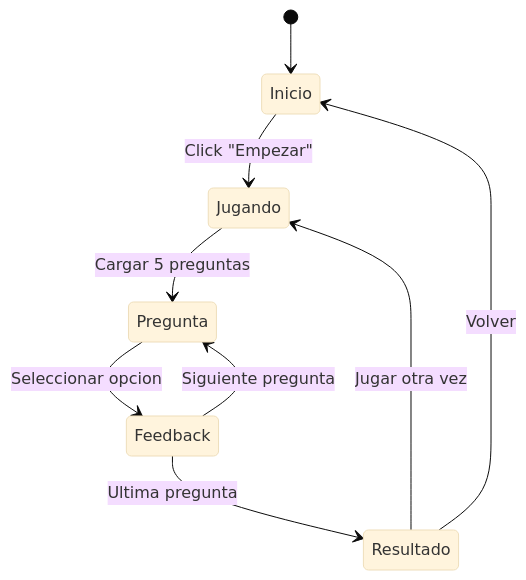
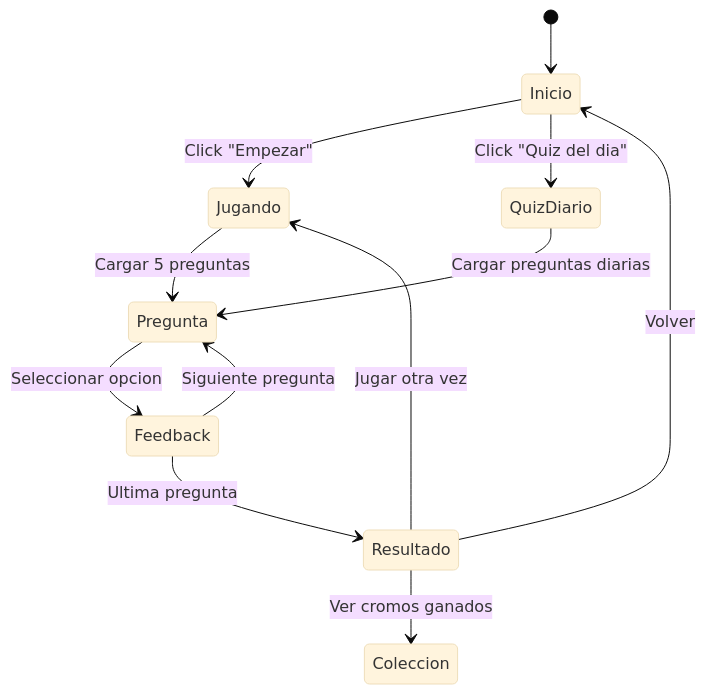
The third of 4 diagrams in docs/es/05-flujos-de-usuario.md (durdy48/SportyKids), drawn with Mermaid (base theme) before and after one commit. The commit also changed other lines of this file and 22 other files, not shown here.

````diff
--- a/docs/es/05-flujos-de-usuario.md
+++ b/docs/es/05-flujos-de-usuario.md
@@ -86,11 +114,14 @@
 ```mermaid
 stateDiagram-v2
     [*] --> Inicio
     Inicio --> Jugando: Click "Empezar"
+    Inicio --> QuizDiario: Click "Quiz del dia"
     Jugando --> Pregunta: Cargar 5 preguntas
+    QuizDiario --> Pregunta: Cargar preguntas diarias
     Pregunta --> Feedback: Seleccionar opcion
     Feedback --> Pregunta: Siguiente pregunta
     Feedback --> Resultado: Ultima pregunta
     Resultado --> Inicio: Volver
     Resultado --> Jugando: Jugar otra vez
+    Resultado --> Coleccion: Ver cromos ganados
 ```
````
